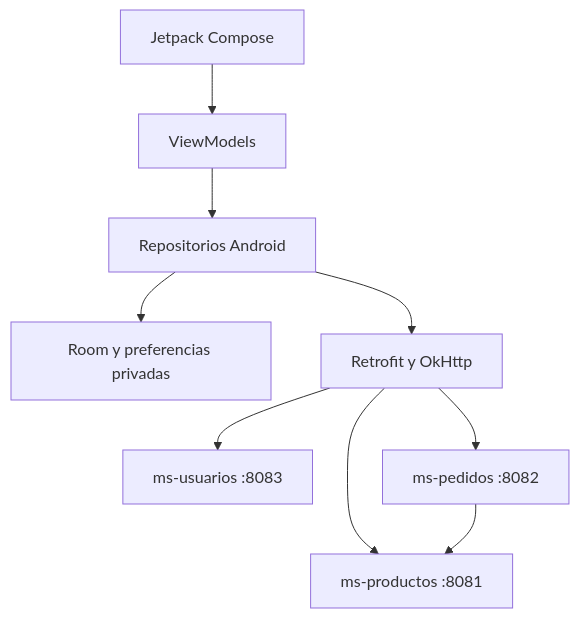
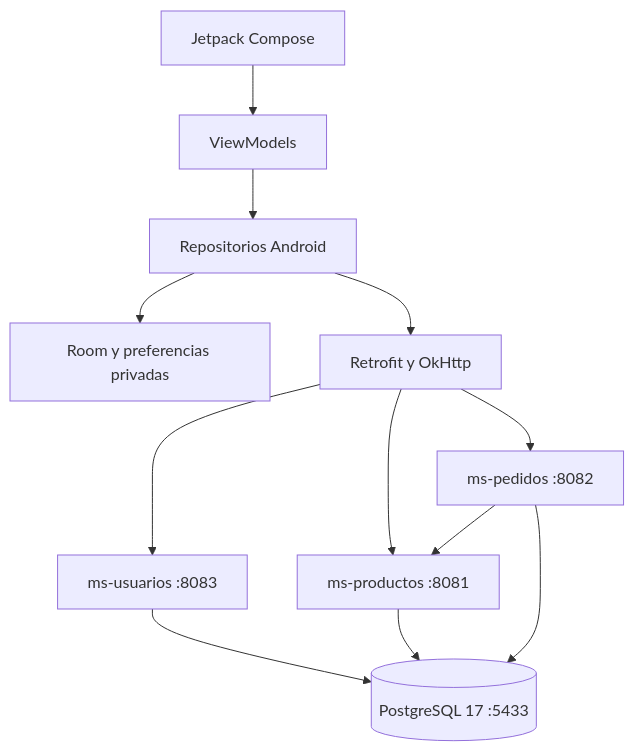
One commit to AcxelGonzalez/APP_Movil_Frutos changed the diagram in README.md. Above: the diagram before and after it, drawn with Mermaid. The commit also changed other lines of this file, not shown here.

````diff
--- a/README.md
+++ b/README.md
@@ -71,11 +124,14 @@
 ```mermaid
 flowchart TD
     UI[Jetpack Compose] --> VM[ViewModels]
     VM --> R[Repositorios Android]
     R --> L[Room y preferencias privadas]
     R --> HTTP[Retrofit y OkHttp]
     HTTP --> U[ms-usuarios :8083]
     HTTP --> P[ms-productos :8081]
     HTTP --> O[ms-pedidos :8082]
     O --> P
+    U --> DB[(PostgreSQL 17 :5433)]
+    P --> DB
+    O --> DB
 ```
````
